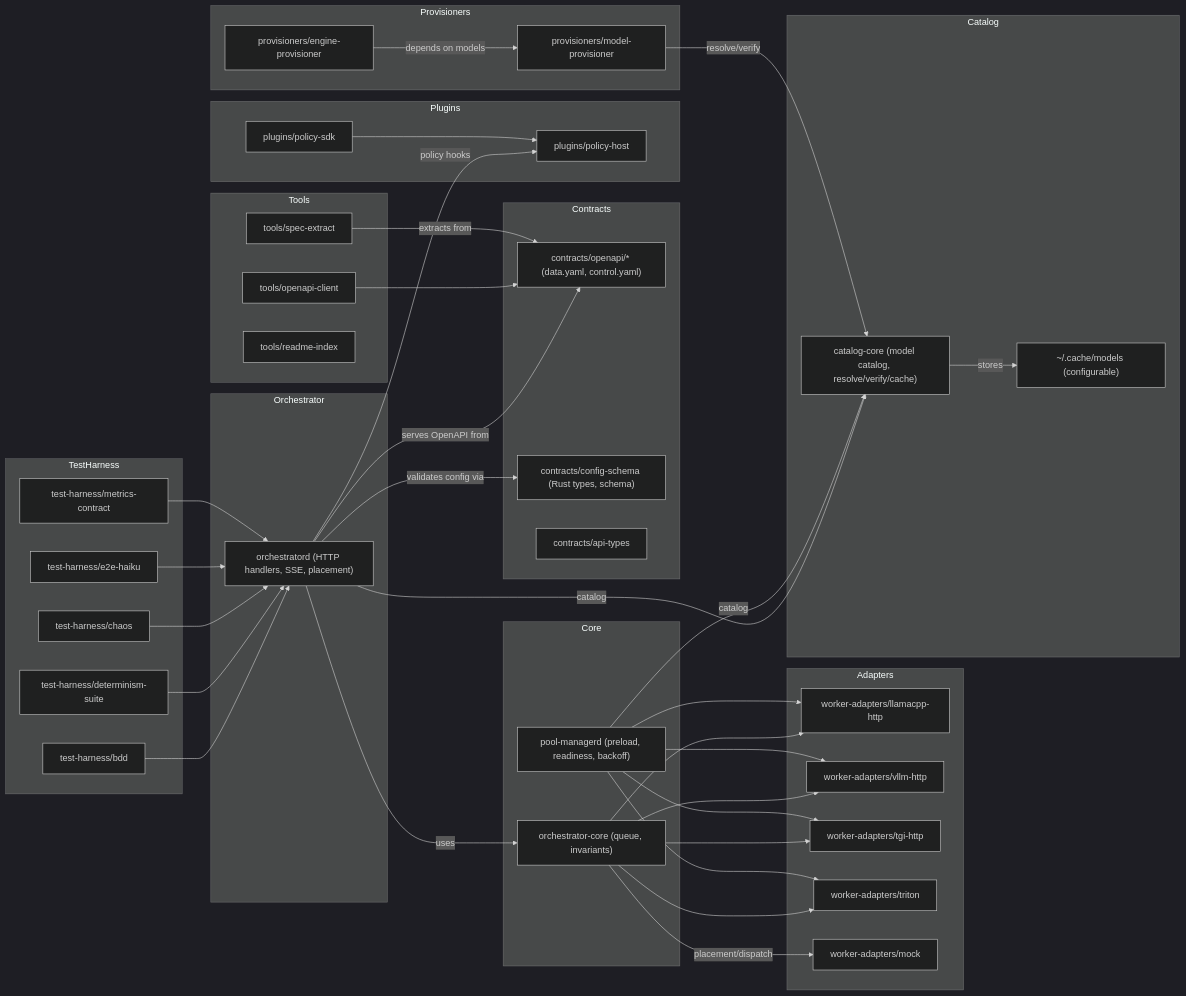
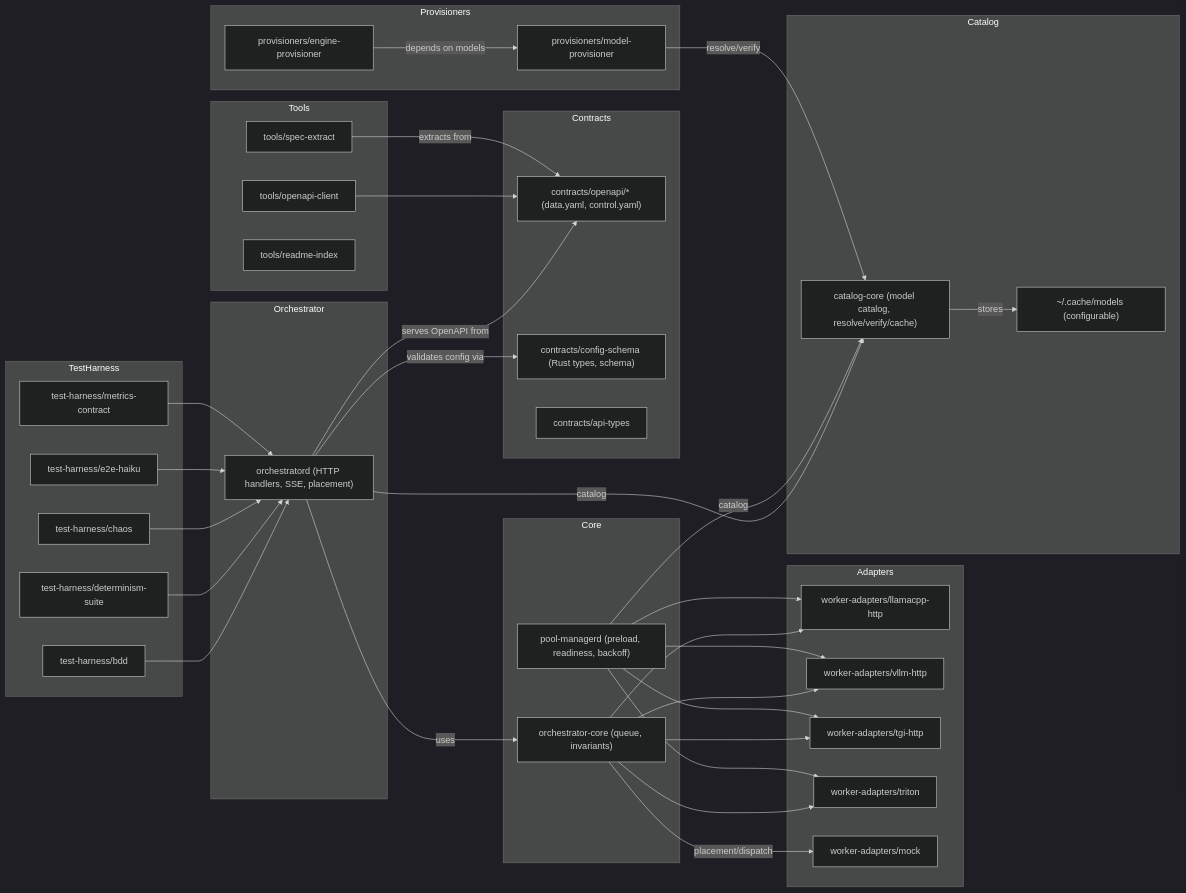
One commit to veighnsche/llama-orch changed the first of 2 diagrams in README.md. Above: the diagram before and after it, drawn with Mermaid (dark theme). The commit also changed 42 other files, not shown here.

Commit message:
refactor: remove plugins/policy modules and add BDD test directories

````diff
--- a/README.md
+++ b/README.md
@@ -41,82 +41,76 @@
 ```mermaid
 graph LR
   subgraph Contracts
     contracts_openapi["contracts/openapi/* (data.yaml, control.yaml)"]
     contracts_schema["contracts/config-schema (Rust types, schema)"]
     contracts_types["contracts/api-types"]
   end
 
   subgraph Core
     orch_core["orchestrator-core (queue, invariants)"]
     pool_mgr["pool-managerd (preload, readiness, backoff)"]
   end
 
   subgraph Orchestrator
     orchd["orchestratord (HTTP handlers, SSE, placement)"]
   end
 
   subgraph Adapters
     adapt_llama["worker-adapters/llamacpp-http"]
     adapt_vllm["worker-adapters/vllm-http"]
     adapt_tgi["worker-adapters/tgi-http"]
     adapt_triton["worker-adapters/triton"]
     adapt_mock["worker-adapters/mock"]
   end
 
-  subgraph Plugins
-    policy_host["plugins/policy-host"]
-    policy_sdk["plugins/policy-sdk"]
-  end
 
   subgraph TestHarness
     th_bdd["test-harness/bdd"]
     th_det["test-harness/determinism-suite"]
     th_chaos["test-harness/chaos"]
     th_haiku["test-harness/e2e-haiku"]
     th_metrics["test-harness/metrics-contract"]
   end
 
   subgraph Tools
     tool_client["tools/openapi-client"]
     tool_spec["tools/spec-extract"]
     tool_readme["tools/readme-index"]
   end
 
   subgraph Catalog
     catalog_core["catalog-core (model catalog, resolve/verify/cache)"]
     model_cache["~/.cache/models (configurable)"]
   end
 
   subgraph Provisioners
     engine_prov["provisioners/engine-provisioner"]
     model_prov["provisioners/model-provisioner"]
   end
 
   %% wiring
   orchd -->|uses| orch_core
   orchd -->|serves OpenAPI from| contracts_openapi
   orchd -->|validates config via| contracts_schema
-  orchd -->|policy hooks| policy_host
-  policy_sdk --> policy_host
   orch_core -->|placement/dispatch| adapt_mock
   orch_core --> adapt_llama
   orch_core --> adapt_vllm
   orch_core --> adapt_tgi
   orch_core --> adapt_triton
   pool_mgr --> adapt_llama
   pool_mgr --> adapt_vllm
   pool_mgr --> adapt_tgi
   pool_mgr --> adapt_triton
   orchd -->|catalog| catalog_core
   pool_mgr -->|catalog| catalog_core
   model_prov -->|resolve/verify| catalog_core
   engine_prov -->|depends on models| model_prov
   catalog_core -->|stores| model_cache
   th_bdd --> orchd
   th_det --> orchd
   th_chaos --> orchd
   th_haiku --> orchd
   th_metrics --> orchd
   tool_client --> contracts_openapi
   tool_spec -->|extracts from| contracts_openapi
 ```
````
